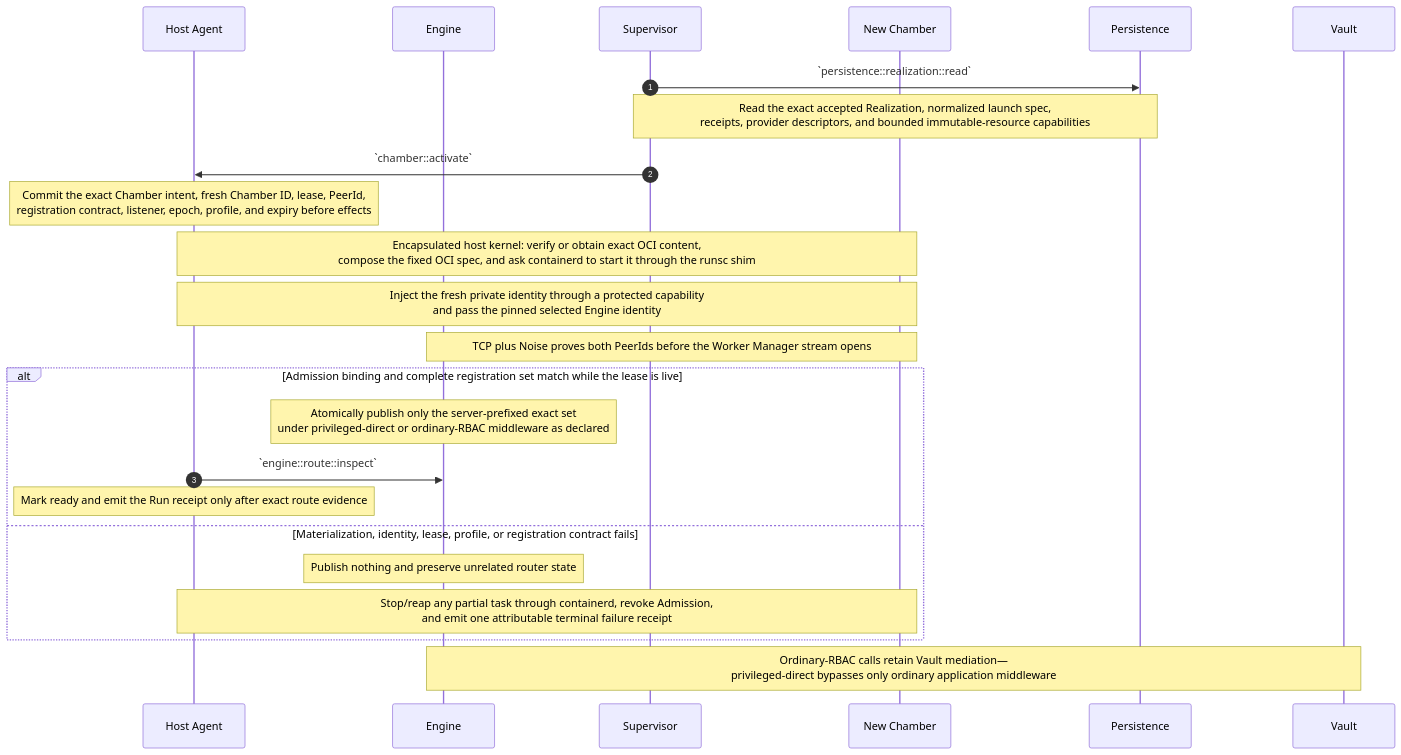
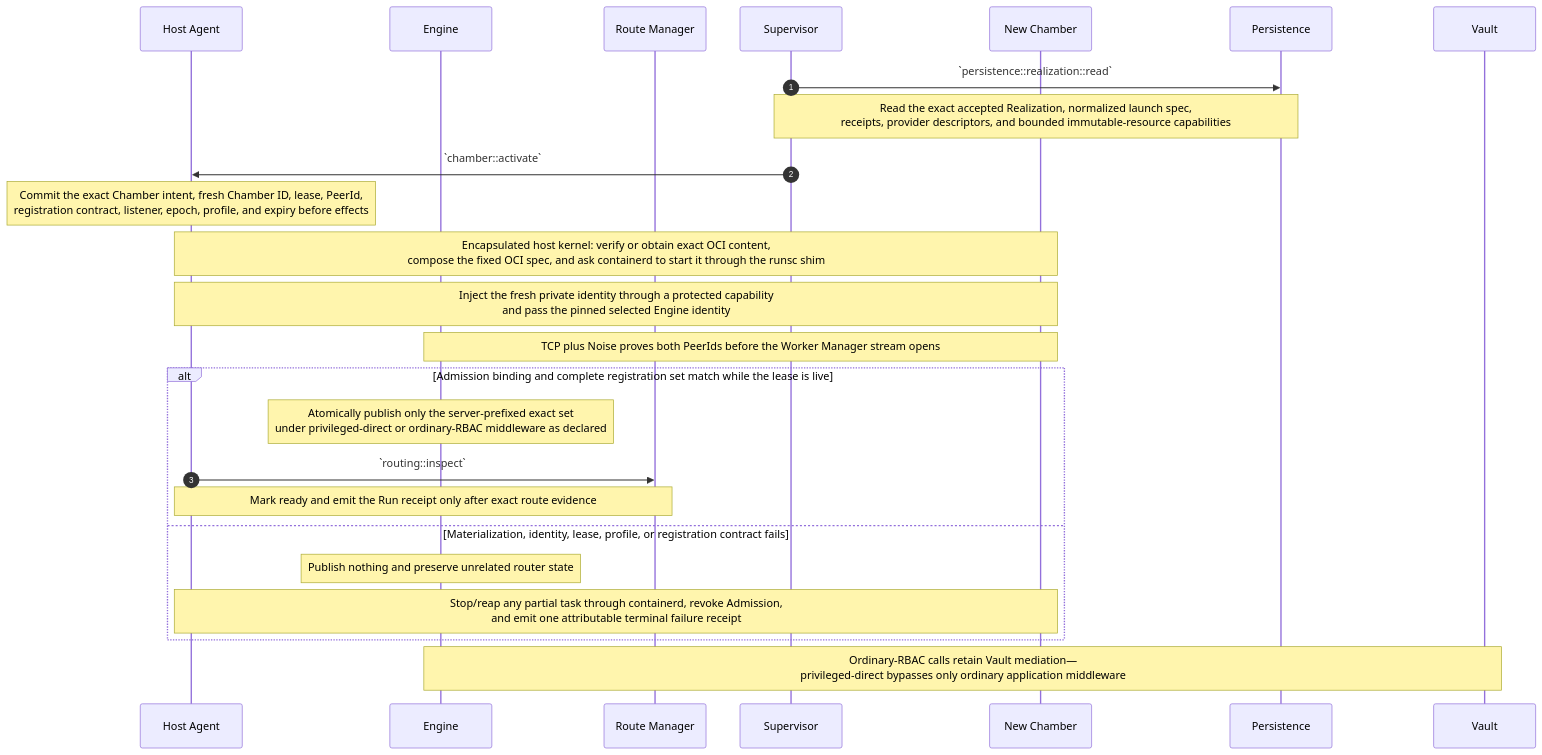
One commit to dreamcatcher-tech/chambers-lifecycle-explorer changed the seventh of 15 diagrams in source/chambers-lifecycle-sequences.md. Above: the diagram before and after it, drawn with Mermaid. The commit also changed other lines of this file and 8 other files, not shown here.

````diff
--- a/source/chambers-lifecycle-sequences.md
+++ b/source/chambers-lifecycle-sequences.md
@@ -810,27 +879,28 @@
 ```mermaid
 sequenceDiagram
     autonumber
     participant HostAgent as Host Agent
     participant Engine
+    participant RouteManager as Route Manager
     participant Supervisor
     participant Chamber as New Chamber
     participant Persistence
     participant Vault
 
     Supervisor->>Persistence: `persistence::realization::read`
     Note over Supervisor,Persistence: Read the exact accepted Realization, normalized launch spec,<br/>receipts, provider descriptors, and bounded immutable-resource capabilities
     Supervisor->>HostAgent: `chamber::activate`
     Note over HostAgent: Commit the exact Chamber intent, fresh Chamber ID, lease, PeerId,<br/>registration contract, listener, epoch, profile, and expiry before effects
     Note over HostAgent,Chamber: Encapsulated host kernel: verify or obtain exact OCI content,<br/>compose the fixed OCI spec, and ask containerd to start it through the runsc shim
     Note over HostAgent,Chamber: Inject the fresh private identity through a protected capability<br/>and pass the pinned selected Engine identity
     Note over Chamber,Engine: TCP plus Noise proves both PeerIds before the Worker Manager stream opens
     alt Admission binding and complete registration set match while the lease is live
         Note over Engine: Atomically publish only the server-prefixed exact set<br/>under privileged-direct or ordinary-RBAC middleware as declared
-        HostAgent->>Engine: `engine::route::inspect`
-        Note over HostAgent: Mark ready and emit the Run receipt only after exact route evidence
+        HostAgent->>RouteManager: `routing::inspect`
+        Note over HostAgent,RouteManager: Mark ready and emit the Run receipt only after exact route evidence
     else Materialization, identity, lease, profile, or registration contract fails
         Note over Engine: Publish nothing and preserve unrelated router state
         Note over HostAgent,Chamber: Stop/reap any partial task through containerd, revoke Admission,<br/>and emit one attributable terminal failure receipt
     end
     Note over Engine,Vault: Ordinary-RBAC calls retain Vault mediation—<br/>privileged-direct bypasses only ordinary application middleware
 ```
````
